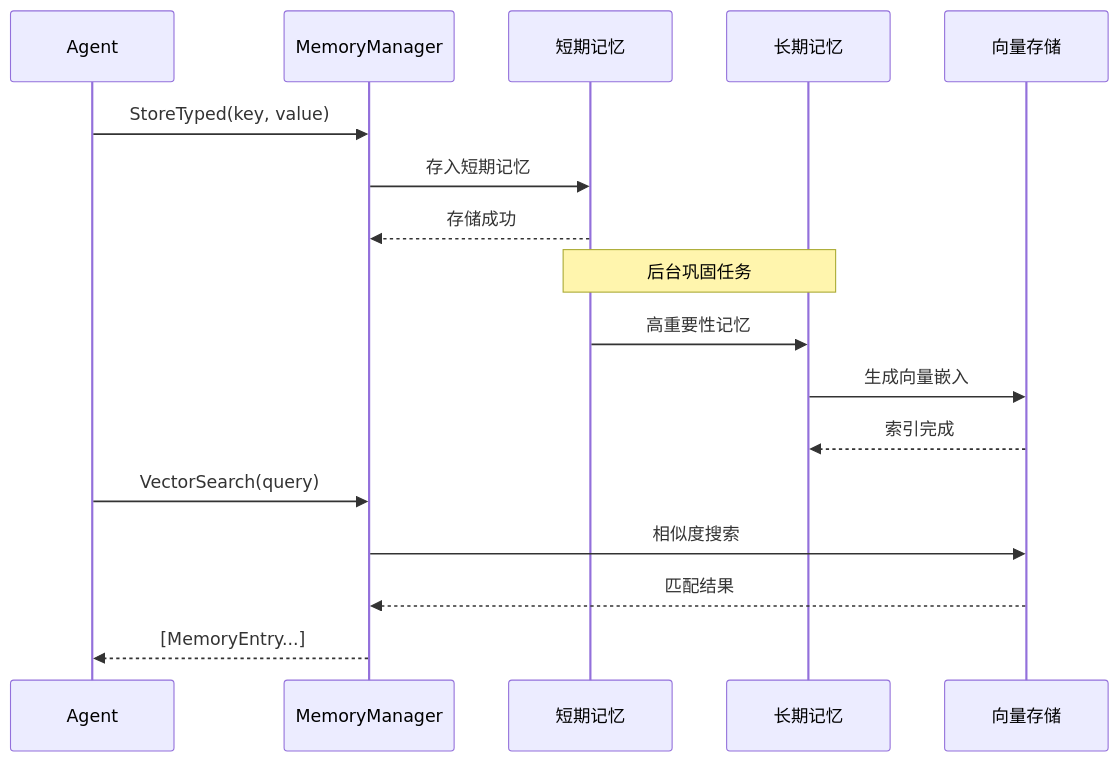
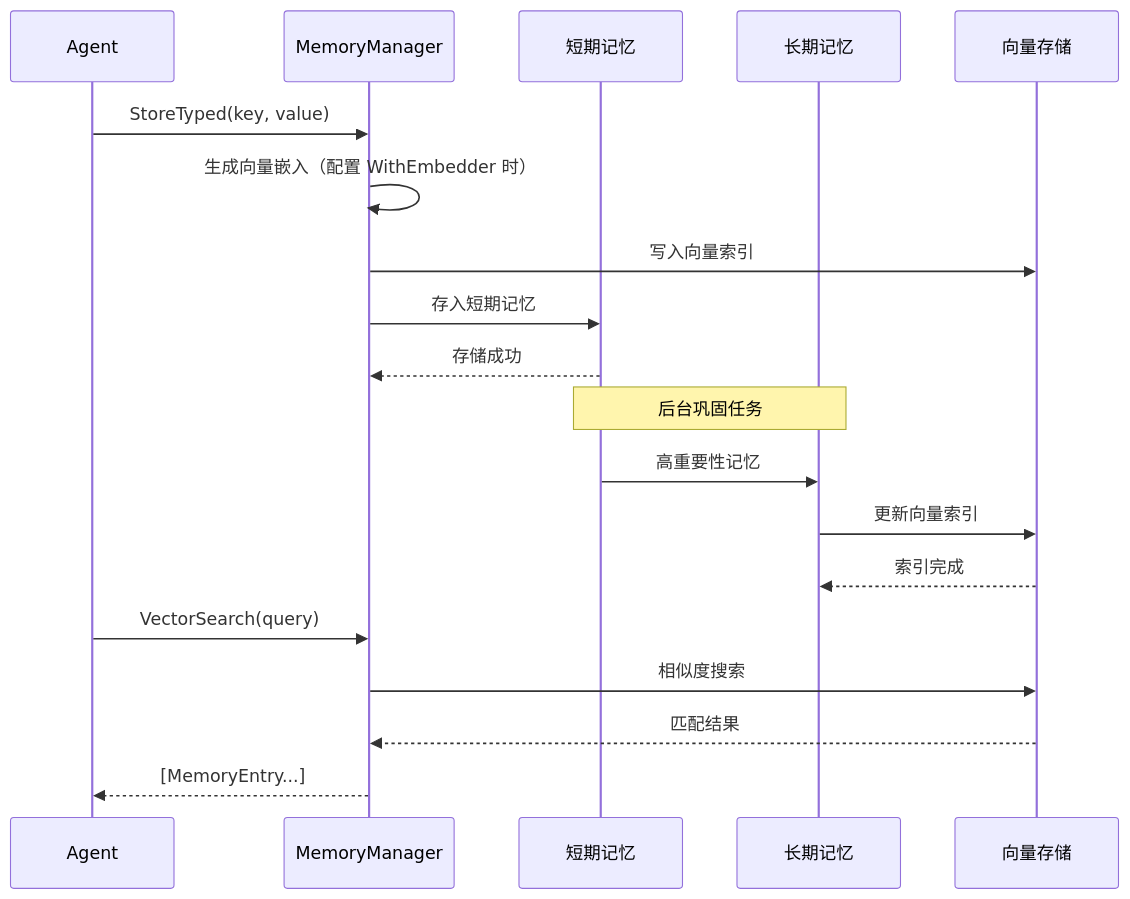
The second of 2 diagrams in memory/README.md (kart-io/goagent), drawn with Mermaid before and after one commit. The commit also changed other lines of this file and 4 other files, not shown here.

````diff
--- a/memory/README.md
+++ b/memory/README.md
@@ -60,23 +60,25 @@
 ```mermaid
 sequenceDiagram
     participant Agent as Agent
     participant Mgr as MemoryManager
     participant Short as 短期记忆
     participant Long as 长期记忆
     participant Vec as 向量存储
 
     Agent->>Mgr: StoreTyped(key, value)
+    Mgr->>Mgr: 生成向量嵌入（配置 WithEmbedder 时）
+    Mgr->>Vec: 写入向量索引
     Mgr->>Short: 存入短期记忆
     Short-->>Mgr: 存储成功
 
     Note over Short,Long: 后台巩固任务
 
     Short->>Long: 高重要性记忆
-    Long->>Vec: 生成向量嵌入
+    Long->>Vec: 更新向量索引
     Vec-->>Long: 索引完成
 
     Agent->>Mgr: VectorSearch(query)
     Mgr->>Vec: 相似度搜索
     Vec-->>Mgr: 匹配结果
     Mgr-->>Agent: [MemoryEntry...]
 ```
````
